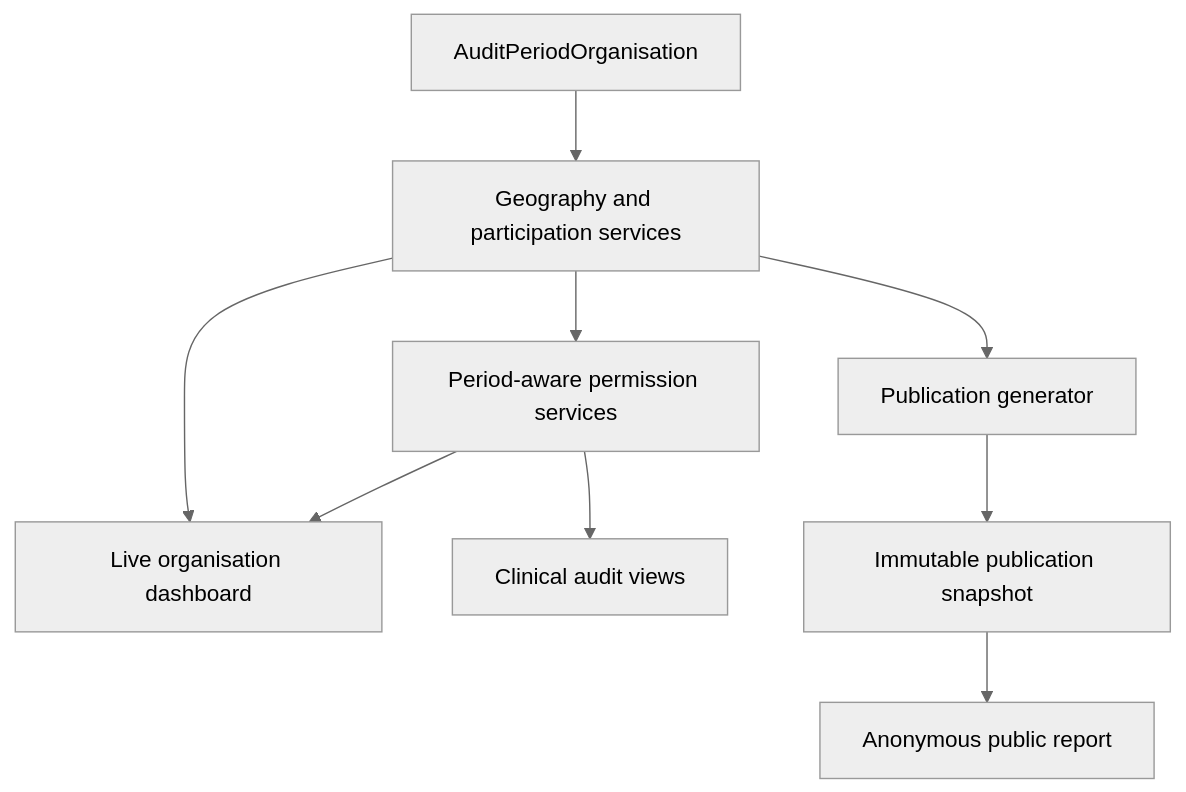
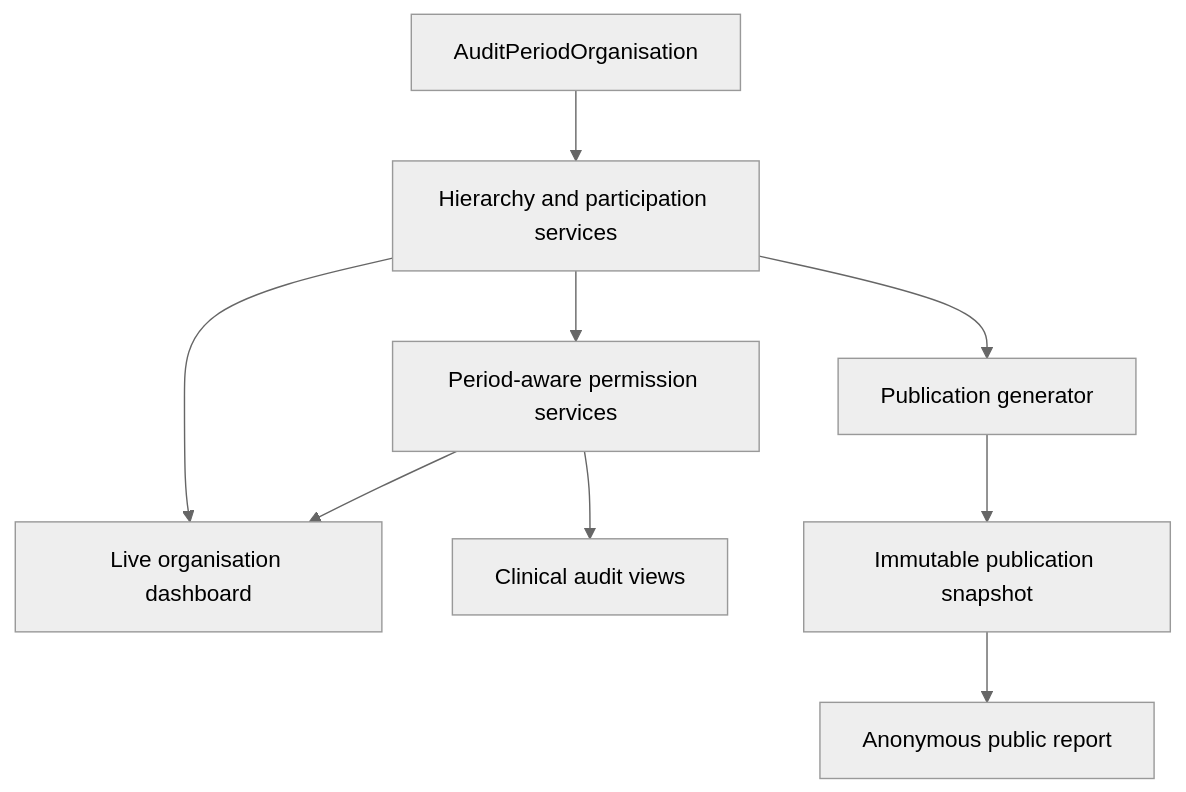
The diagram in documentation/docs/development/audit-period-organisation.md (rcpch/rcpch-audit-engine), drawn with Mermaid (neutral theme) before and after one commit. The commit also changed other lines of this file and 2 other files, not shown here.

````diff
--- a/documentation/docs/development/audit-period-organisation.md
+++ b/documentation/docs/development/audit-period-organisation.md
@@ -502,20 +589,20 @@
 ```mermaid
 flowchart TD
     APO[AuditPeriodOrganisation]
-    GEO[Geography and participation services]
+    GEO[Hierarchy and participation services]
     AUTH[Period-aware permission services]
     DASH[Live organisation dashboard]
     CLINICAL[Clinical audit views]
     GENERATOR[Publication generator]
     SNAPSHOT[Immutable publication snapshot]
     PUBLIC[Anonymous public report]
 
     APO --> GEO
     GEO --> AUTH
     GEO --> DASH
     AUTH --> DASH
     AUTH --> CLINICAL
     GEO --> GENERATOR
     GENERATOR --> SNAPSHOT
     SNAPSHOT --> PUBLIC
 ```
````
